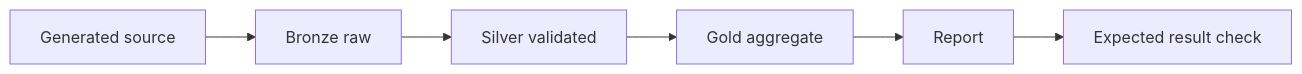
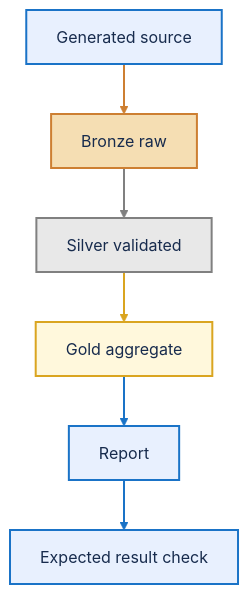
One commit to Acestus/portfolio changed the diagram in site/content/docs/video-fabric-medallion-pipeline.md. Above: the diagram before and after it, drawn with Mermaid. The commit also changed 20 other files, not shown here.

Commit message:
Apply Mermaid and Pele style to video guides (#58)

````diff
--- a/site/content/docs/video-fabric-medallion-pipeline.md
+++ b/site/content/docs/video-fabric-medallion-pipeline.md
@@ -27,8 +27,22 @@
 ```mermaid
-flowchart LR
+flowchart TD
+  accTitle: A Fabric medallion pipeline from raw data to a useful report
   X[Generated source] --> B[Bronze raw]
   B --> S[Silver validated]
   S --> G[Gold aggregate]
   G --> R[Report]
   R --> Q[Expected result check]
+
+  classDef endpoint fill:#E8F0FE,stroke:#1A73C7,color:#172B4D,stroke-width:2px
+  classDef bronze fill:#F5DEB3,stroke:#CD7F32,color:#172B4D,stroke-width:2px
+  classDef silver fill:#E8E8E8,stroke:#808080,color:#172B4D,stroke-width:2px
+  classDef gold fill:#FFF8DC,stroke:#DAA520,color:#172B4D,stroke-width:2px
+  class X,R,Q endpoint
+  class B bronze
+  class S silver
+  class G gold
+  linkStyle 0 stroke:#CD7F32,stroke-width:2px
+  linkStyle 1 stroke:#808080,stroke-width:2px
+  linkStyle 2 stroke:#DAA520,stroke-width:2px
+  linkStyle 3,4 stroke:#1A73C7,stroke-width:2px
 ```
````
